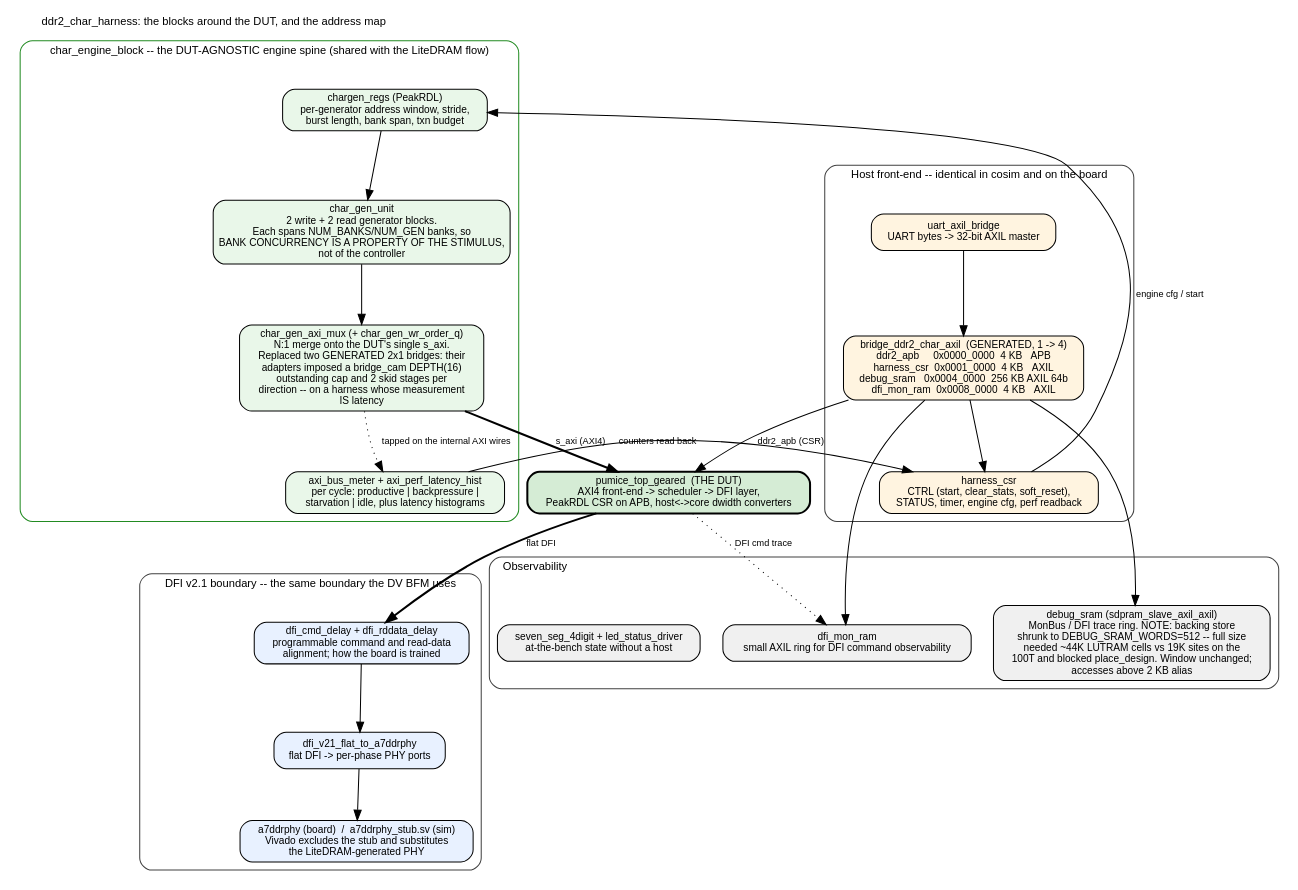
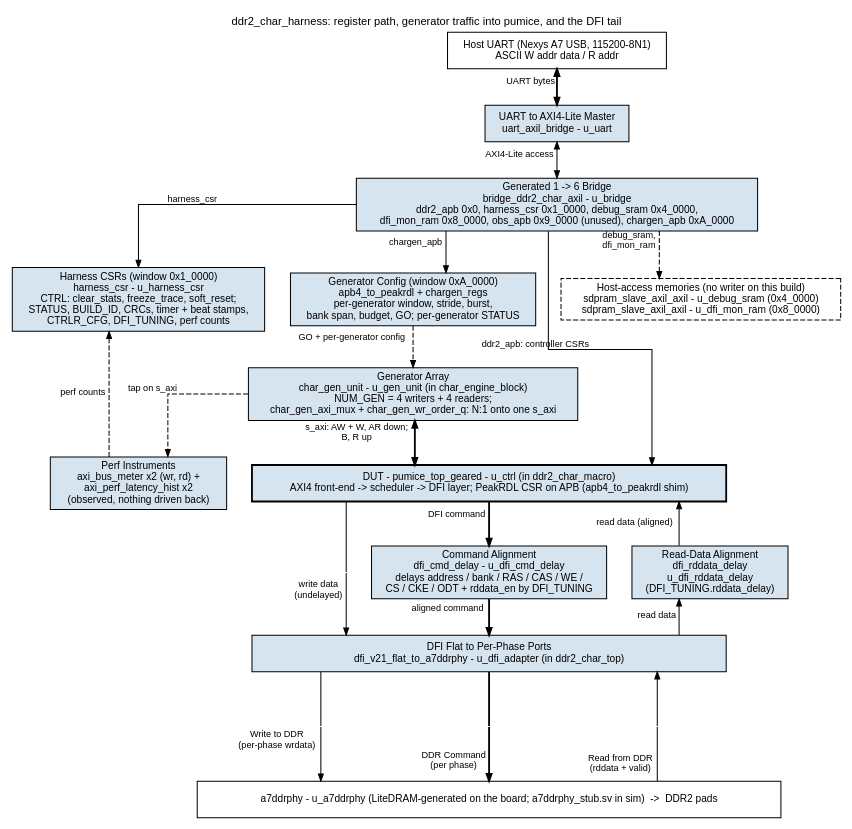
One commit to sean-galloway/RTLDesignSherpa changed the diagram in projects/fpga-systems/NexysA7/mem-ctrl-ip-ddr2/docs/pumice_fpga_system/assets/graphviz/02_harness_blocks.dot. Above: the diagram before and after it, drawn with Graphviz. The commit also changed 166 other files, not shown here.

```diff
--- a/projects/fpga-systems/NexysA7/mem-ctrl-ip-ddr2/docs/pumice_fpga_system/assets/graphviz/02_harness_blocks.dot
+++ b/projects/fpga-systems/NexysA7/mem-ctrl-ip-ddr2/docs/pumice_fpga_system/assets/graphviz/02_harness_blocks.dot
@@ -1,52 +1,82 @@
-// Every block around the DUT. Address map from build-perf/host/ADDRESS_MAP.md,
-// which mirrors bridge_ddr2_char_axil.toml and harness_csr.sv.
+// Figure 2.1 -- ddr2_char_harness block map, in the memory-controller house
+// style (vault/handbook/authoring/block-diagrams.md, the reference is the
+// mem-ctrl-ip whole-unit figure). Every block is an instance in
+// build-perf/rtl/ddr2_char_harness.sv, ddr2_char_framework/rtl/ddr2_char_macro.sv,
+// rtl/mem_char_framework/rtl/char_engine_block.sv or build-perf/rtl/ddr2_char_top.sv.
+//   - Host UART on top; the register path fans out through the generated
+//     1 -> 6 bridge.
+//   - AXI traffic runs down the center from the generator array into pumice.
+//   - At DFI the three flows split the reference's way: write data drops down
+//     the left undelayed, the command goes down the center through
+//     dfi_cmd_delay, and read data climbs back up the right through
+//     dfi_rddata_delay. The PHY is the boundary bar.
+//   - debug_sram and dfi_mon_ram have no writer on this build: host-access
+//     memories only (dashed). obs_apb is an unused expansion slot.
 digraph harness_blocks {
-    graph [rankdir=TB, fontname="Helvetica", fontsize=11, nodesep=0.3, ranksep=0.7,
-           label="ddr2_char_harness: the blocks around the DUT, and the address map", labelloc=t, labeljust=l];
-    node  [fontname="Helvetica", fontsize=10, shape=box, style="rounded,filled", fillcolor="#f4f4f4"];
-    edge  [fontname="Helvetica", fontsize=9];
+    graph [rankdir=TB, bgcolor="white", fontname="Helvetica", fontsize=11,
+           nodesep="0.35", ranksep="0.50", splines=ortho, newrank=true,
+           label="ddr2_char_harness: register path, generator traffic into pumice, and the DFI tail", labelloc=t];
+    node  [fontname="Helvetica", fontsize=10, shape=box, style=filled,
+           fillcolor="#D6E4F0", color="black", margin="0.12,0.06"];
+    edge  [fontname="Helvetica", fontsize=9, color="black", arrowsize=0.7];
 
-    subgraph cluster_front {
-        label="Host front-end -- identical in cosim and on the board"; style="rounded"; color="#404040";
-        uart   [label="uart_axil_bridge\nUART bytes -> 32-bit AXIL master", fillcolor="#fff4e0"];
-        bridge [label="bridge_ddr2_char_axil  (GENERATED, 1 -> 4)\nddr2_apb     0x0000_0000  4 KB   APB\nharness_csr  0x0001_0000  4 KB   AXIL\ndebug_sram   0x0004_0000  256 KB AXIL 64b\ndfi_mon_ram  0x0008_0000  4 KB   AXIL", fillcolor="#fff4e0"];
-        csr    [label="harness_csr\nCTRL (start, clear_stats, soft_reset),\nSTATUS, timer, engine cfg, perf readback", fillcolor="#fff4e0"];
-        uart -> bridge -> csr;
-    }
+    host [group=C, label="Host UART (Nexys A7 USB, 115200-8N1)\nASCII W addr data / R addr", fillcolor="white"];
+    uart [group=C, label="UART to AXI4-Lite Master\nuart_axil_bridge - u_uart"];
+    brg  [group=C, label="Generated 1 -> 6 Bridge\nbridge_ddr2_char_axil - u_bridge\nddr2_apb 0x0, harness_csr 0x1_0000, debug_sram 0x4_0000,\ndfi_mon_ram 0x8_0000, obs_apb 0x9_0000 (unused), chargen_apb 0xA_0000", width=5.5];
 
-    subgraph cluster_spine {
-        label="char_engine_block -- the DUT-AGNOSTIC engine spine (shared with the LiteDRAM flow)";
-        style="rounded"; color="#228B22";
-        regs [label="chargen_regs (PeakRDL)\nper-generator address window, stride,\nburst length, bank span, txn budget", fillcolor="#e9f7e9"];
-        gen  [label="char_gen_unit\n2 write + 2 read generator blocks.\nEach spans NUM_BANKS/NUM_GEN banks, so\nBANK CONCURRENCY IS A PROPERTY OF THE STIMULUS,\nnot of the controller", fillcolor="#e9f7e9"];
-        mux  [label="char_gen_axi_mux (+ char_gen_wr_order_q)\nN:1 merge onto the DUT's single s_axi.\nReplaced two GENERATED 2x1 bridges: their\nadapters imposed a bridge_cam DEPTH(16)\noutstanding cap and 2 skid stages per\ndirection -- on a harness whose measurement\nIS latency", fillcolor="#e9f7e9"];
-        perf [label="axi_bus_meter + axi_perf_latency_hist\nper cycle: productive | backpressure |\nstarvation | idle, plus latency histograms", fillcolor="#e9f7e9"];
-        regs -> gen -> mux;
-    }
+    csr  [group=L, label="Harness CSRs (window 0x1_0000)\nharness_csr - u_harness_csr\nCTRL: clear_stats, freeze_trace, soft_reset;\nSTATUS, BUILD_ID, CRCs, timer + beat stamps,\nCTRLR_CFG, DFI_TUNING, perf counts"];
+    regs [group=C, label="Generator Config (window 0xA_0000)\napb4_to_peakrdl + chargen_regs\nper-generator window, stride, burst,\nbank span, budget, GO; per-generator STATUS"];
+    mem  [group=R, label="Host-access memories (no writer on this build)\nsdpram_slave_axil_axil - u_debug_sram (0x4_0000)\nsdpram_slave_axil_axil - u_dfi_mon_ram (0x8_0000)", fillcolor="white", style="filled,dashed"];
 
-    dut [label="pumice_top_geared  (THE DUT)\nAXI4 front-end -> scheduler -> DFI layer,\nPeakRDL CSR on APB, host<->core dwidth converters", fillcolor="#d5ecd5", penwidth=2];
+    meter [group=L, label="Perf Instruments\naxi_bus_meter x2 (wr, rd) +\naxi_perf_latency_hist x2\n(observed, nothing driven back)"];
+    gen  [group=C, label="Generator Array\nchar_gen_unit - u_gen_unit (in char_engine_block)\nNUM_GEN = 4 writers + 4 readers;\nchar_gen_axi_mux + char_gen_wr_order_q: N:1 onto one s_axi"];
 
-    subgraph cluster_dfi {
-        label="DFI v2.1 boundary -- the same boundary the DV BFM uses"; style="rounded"; color="#404040";
-        dly  [label="dfi_cmd_delay + dfi_rddata_delay\nprogrammable command and read-data\nalignment; how the board is trained", fillcolor="#e8f1ff"];
-        adap [label="dfi_v21_flat_to_a7ddrphy\nflat DFI -> per-phase PHY ports", fillcolor="#e8f1ff"];
-        phy  [label="a7ddrphy (board)  /  a7ddrphy_stub.sv (sim)\nVivado excludes the stub and substitutes\nthe LiteDRAM-generated PHY", fillcolor="#e8f1ff"];
-        dly -> adap -> phy;
-    }
+    dut  [group=C, label="DUT - pumice_top_geared - u_ctrl (in ddr2_char_macro)\nAXI4 front-end -> scheduler -> DFI layer; PeakRDL CSR on APB (apb4_to_peakrdl shim)", width=6.5, penwidth=1.8];
 
-    subgraph cluster_obs {
-        label="Observability"; style="rounded"; color="#404040";
-        dsram [label="debug_sram (sdpram_slave_axil_axil)\nMonBus / DFI trace ring. NOTE: backing store\nshrunk to DEBUG_SRAM_WORDS=512 -- full size\nneeded ~44K LUTRAM cells vs 19K sites on the\n100T and blocked place_design. Window unchanged;\naccesses above 2 KB alias", fillcolor="#f0f0f0"];
-        dfimon [label="dfi_mon_ram\nsmall AXIL ring for DFI command observability", fillcolor="#f0f0f0"];
-        disp  [label="seven_seg_4digit + led_status_driver\nat-the-bench state without a host", fillcolor="#f0f0f0"];
-    }
+    pw   [group=L, shape=point, style=invis, width=0.01, label=""];
+    cdly [group=C, label="Command Alignment\ndfi_cmd_delay - u_dfi_cmd_delay\ndelays address / bank / RAS / CAS / WE /\nCS / CKE / ODT + rddata_en by DFI_TUNING"];
+    rdly [group=R, label="Read-Data Alignment\ndfi_rddata_delay\nu_dfi_rddata_delay\n(DFI_TUNING.rddata_delay)"];
 
-    bridge -> dut  [label="ddr2_apb (CSR)"];
-    csr    -> regs [label="engine cfg / start"];
-    mux    -> dut  [label="s_axi (AXI4)", style=bold];
-    perf   -> csr  [label="counters read back"];
-    mux    -> perf [label="tapped on the internal AXI wires", style=dotted];
-    dut    -> dly  [label="flat DFI", style=bold];
-    bridge -> dsram; bridge -> dfimon;
-    dut    -> dfimon [label="DFI cmd trace", style=dotted];
+    adap [group=C, label="DFI Flat to Per-Phase Ports\ndfi_v21_flat_to_a7ddrphy - u_dfi_adapter (in ddr2_char_top)", width=6.5];
+
+    bar  [group=C, label="a7ddrphy - u_a7ddrphy (LiteDRAM-generated on the board; a7ddrphy_stub.sv in sim)  ->  DDR2 pads", fillcolor="white", width=8];
+
+    { rank=same; csr; regs; mem; }
+    csr -> regs -> mem [style=invis];
+    { rank=same; meter; dut; }
+    meter -> dut [style=invis];
+    { rank=same; pw; cdly; rdly; }
+    pw -> cdly -> rdly [style=invis];
+
+    host -> uart [dir=both, penwidth=1.8, xlabel="UART bytes"];
+    uart -> brg  [dir=both, xlabel="AXI4-Lite access"];
+    brg  -> csr  [xlabel="harness_csr"];
+    brg  -> regs [xlabel="chargen_apb"];
+    brg  -> mem  [style=dashed, xlabel="debug_sram,\ndfi_mon_ram"];
+    brg  -> dut  [xlabel="ddr2_apb: controller CSRs"];
+
+    regs -> gen  [style=dashed, xlabel="GO + per-generator config"];
+    gen  -> dut  [dir=both, penwidth=1.8, xlabel="s_axi: AW + W, AR down;\nB, R up"];
+    gen -> meter [style=dashed, xlabel="tap on s_axi"];
+    meter -> csr [style=dashed, xlabel="perf counts"];
+
+    dut  -> pw   [dir=none];
+    pw   -> adap [xlabel="write data\n(undelayed)"];
+    dut  -> cdly [penwidth=1.8, xlabel="DFI command"];
+    cdly -> adap [penwidth=1.8, xlabel="aligned command"];
+    dut  -> rdly [dir=back, xlabel="read data (aligned)"];
+    rdly -> adap [dir=back, xlabel="read data"];
+    q1 [shape=point, style=invis, width=0.01, label=""];
+    q2 [shape=point, style=invis, width=0.01, label=""];
+    q3 [shape=point, style=invis, width=0.01, label=""];
+    g1 [shape=box, style=invis, width=1.6, label=""];
+    g2 [shape=box, style=invis, width=1.6, label=""];
+    { rank=same; q1; g1; q2; g2; q3; }
+    q1 -> g1 -> q2 -> g2 -> q3 [style=invis];
+    adap -> q1 [dir=none];
+    q1 -> bar  [xlabel="Write to DDR\n(per-phase wrdata)"];
+    adap -> q2 [dir=none, penwidth=1.8];
+    q2 -> bar  [penwidth=1.8, xlabel="DDR Command\n(per phase)"];
+    adap -> q3 [dir=back];
+    q3 -> bar  [dir=none, xlabel="Read from DDR\n(rddata + valid)"];
 }
```
